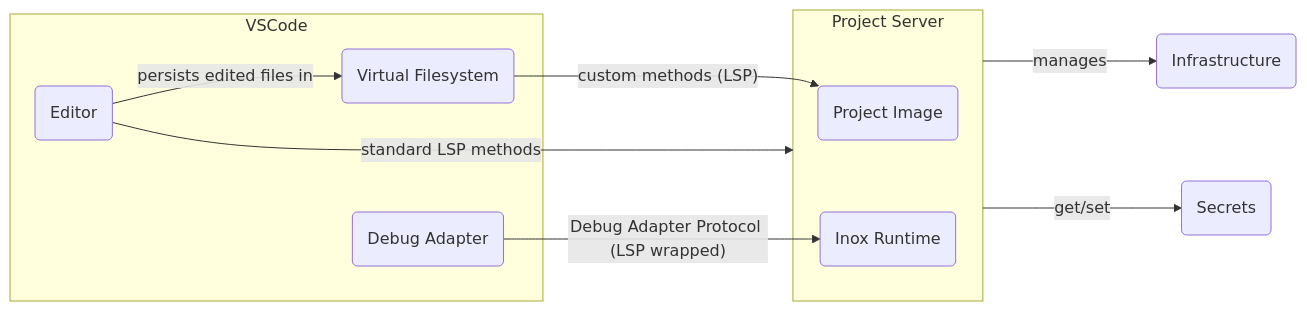
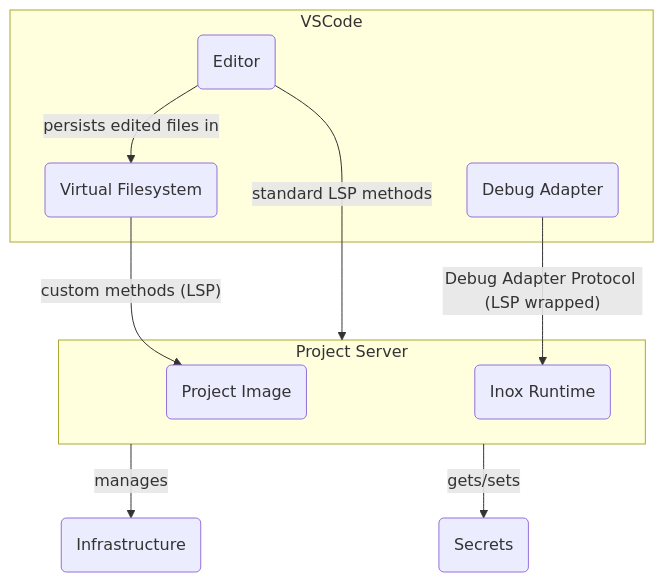
One commit to inoxlang/inox changed the second of 3 diagrams in README.md. Above: the diagram before and after it, drawn with Mermaid. The commit also changed other lines of this file, not shown here.

````diff
--- a/README.md
+++ b/README.md
@@ -331,22 +334,22 @@
 ```mermaid
-graph LR
+graph TB
 
 subgraph VSCode
   VSCodeVFS(Virtual Filesystem)
   Editor
   Editor --> |persists edited files in| VSCodeVFS
   DebugAdapter
 end
 
 Editor(Editor) --> |standard LSP methods| ProjectServer
 VSCodeVFS --> |"custom methods (LSP)"| ProjImage
 DebugAdapter(Debug Adapter) -->|"Debug Adapter Protocol (LSP wrapped)"| Runtime(Inox Runtime)
 
 subgraph ProjectServer[Project Server]
   Runtime
   ProjImage(Project Image)
 end
 
-ProjectServer --->|manages| Infrastructure(Infrastructure)
-ProjectServer --->|get/set| Secrets(Secrets)
+ProjectServer -->|manages| Infrastructure(Infrastructure)
+ProjectServer -->|gets/sets| Secrets(Secrets)
 ```
````
